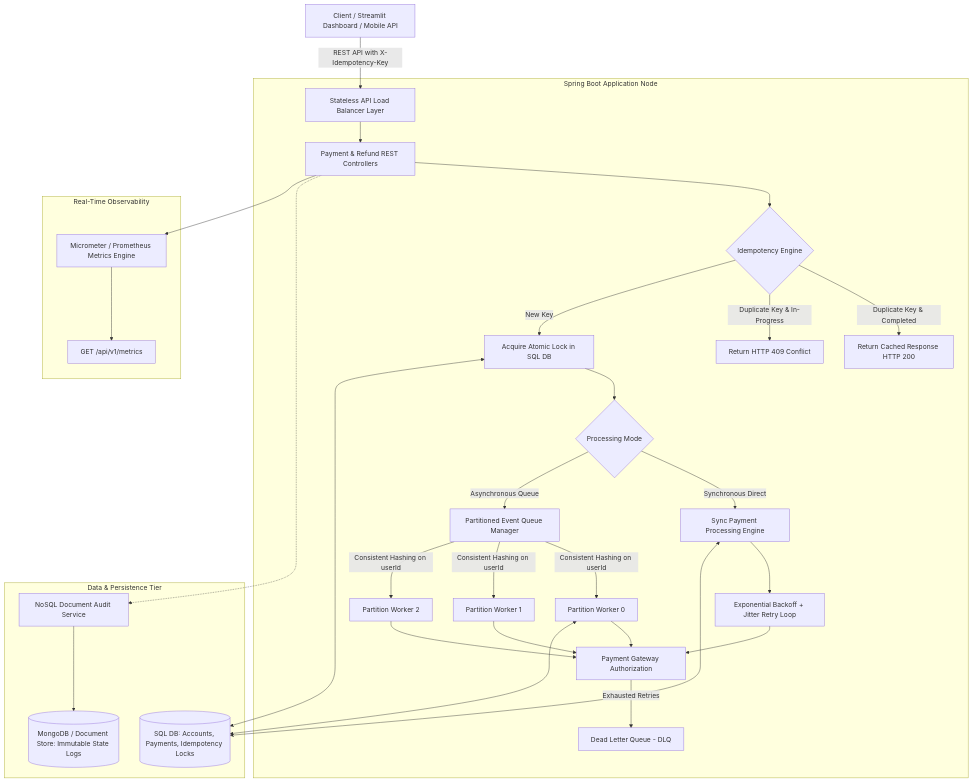
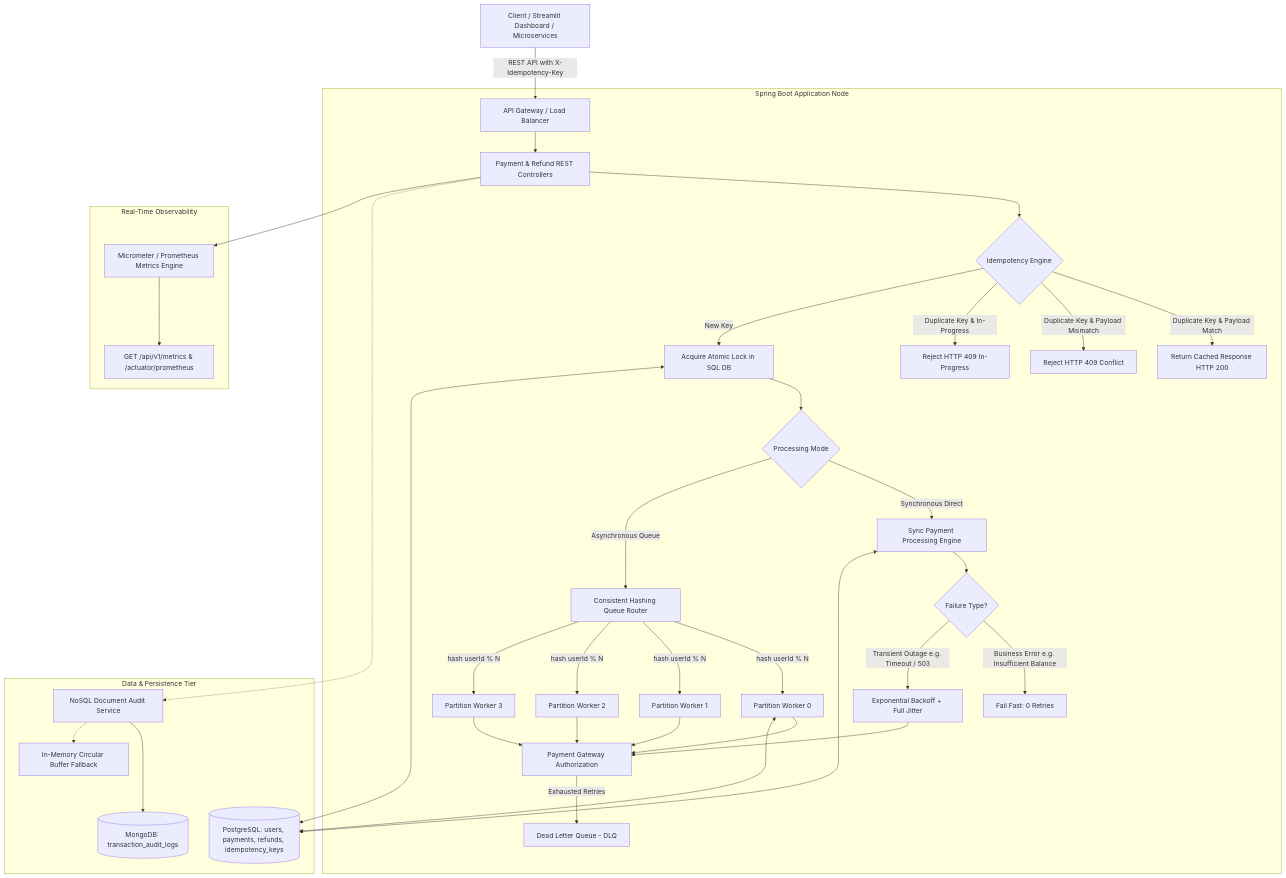
The diagram in README.md (Dhanya562004/distributed-fault-tolerant-payment-system), drawn with Mermaid before and after one commit. The commit also changed other lines of this file and 31 other files, not shown here.

First line of the commit message:
feat(banking): upgrade payment engine to Standard Chartered Band 8 specifications

````diff
--- a/README.md
+++ b/README.md
@@ -23,45 +38,51 @@
 ```mermaid
 flowchart TD
-    Client[Client / Streamlit Dashboard / Mobile API] -->|REST API with X-Idempotency-Key| LoadBalancer[Stateless API Load Balancer Layer]
+    Client[Client / Streamlit Dashboard / Microservices] -->|REST API with X-Idempotency-Key| LoadBalancer[API Gateway / Load Balancer]
     
     subgraph Spring Boot Application Node
-        LoadBalancer --> APIController[Payment & Refund REST Controllers]
-        APIController --> IdempotencyGuard{Idempotency Engine}
+        LoadBalancer --> Controllers[Payment & Refund REST Controllers]
+        Controllers --> IdempotencyGuard{Idempotency Engine}
         
-        IdempotencyGuard -->|Duplicate Key & Completed| ReturnCached[Return Cached Response HTTP 200]
-        IdempotencyGuard -->|Duplicate Key & In-Progress| ReturnConflict[Return HTTP 409 Conflict]
+        IdempotencyGuard -->|Duplicate Key & Payload Match| ReturnCached[Return Cached Response HTTP 200]
+        IdempotencyGuard -->|Duplicate Key & Payload Mismatch| ReturnConflict[Reject HTTP 409 Conflict]
+        IdempotencyGuard -->|Duplicate Key & In-Progress| ReturnInProgress[Reject HTTP 409 In-Progress]
         IdempotencyGuard -->|New Key| LockKey[Acquire Atomic Lock in SQL DB]
         
         LockKey --> RouteDecision{Processing Mode}
         
         RouteDecision -->|Synchronous Direct| SyncEngine[Sync Payment Processing Engine]
-        RouteDecision -->|Asynchronous Queue| PartitionRing[Partitioned Event Queue Manager]
+        RouteDecision -->|Asynchronous Queue| PartitionRing[Consistent Hashing Queue Router]
         
-        SyncEngine --> RetryLoop[Exponential Backoff + Jitter Retry Loop]
+        SyncEngine --> ErrorClassifier{Failure Type?}
+        ErrorClassifier -->|Business Error e.g. Insufficient Balance| FailFast[Fail Fast: 0 Retries]
+        ErrorClassifier -->|Transient Outage e.g. Timeout / 503| RetryLoop[Exponential Backoff + Full Jitter]
         RetryLoop --> GatewaySimulator[Payment Gateway Authorization]
         
-        PartitionRing -->|Consistent Hashing on userId| Worker1[Partition Worker 0]
-        PartitionRing -->|Consistent Hashing on userId| Worker2[Partition Worker 1]
-        PartitionRing -->|Consistent Hashing on userId| Worker3[Partition Worker 2]
+        PartitionRing -->|hash userId % N| Worker0[Partition Worker 0]
+        PartitionRing -->|hash userId % N| Worker1[Partition Worker 1]
+        PartitionRing -->|hash userId % N| Worker2[Partition Worker 2]
+        PartitionRing -->|hash userId % N| Worker3[Partition Worker 3]
         
+        Worker0 --> GatewaySimulator
         Worker1 --> GatewaySimulator
         Worker2 --> GatewaySimulator
         Worker3 --> GatewaySimulator
         
         GatewaySimulator -->|Exhausted Retries| DLQ[Dead Letter Queue - DLQ]
     end
 
     subgraph Data & Persistence Tier
-        LockKey <---> PostgreSQL[(SQL DB: Accounts, Payments, Idempotency Locks)]
+        LockKey <---> PostgreSQL[(PostgreSQL: users, payments, refunds, idempotency_keys)]
         SyncEngine <---> PostgreSQL
-        Worker1 <---> PostgreSQL
+        Worker0 <---> PostgreSQL
         
-        APIController -.-> AuditService[NoSQL Document Audit Service]
-        AuditService ---> MongoDB[(MongoDB / Document Store: Immutable State Logs)]
+        Controllers -.-> AuditService[NoSQL Document Audit Service]
+        AuditService ---> MongoDB[(MongoDB: transaction_audit_logs)]
+        AuditService -.-> FallbackQueue[In-Memory Circular Buffer Fallback]
     end
 
     subgraph Real-Time Observability
-        APIController --> MetricsTracker[Micrometer / Prometheus Metrics Engine]
-        MetricsTracker --> MetricsEndpoint[GET /api/v1/metrics]
+        Controllers --> MetricsTracker[Micrometer / Prometheus Metrics Engine]
+        MetricsTracker --> MetricsEndpoint[GET /api/v1/metrics & /actuator/prometheus]
     end
 ```
````
